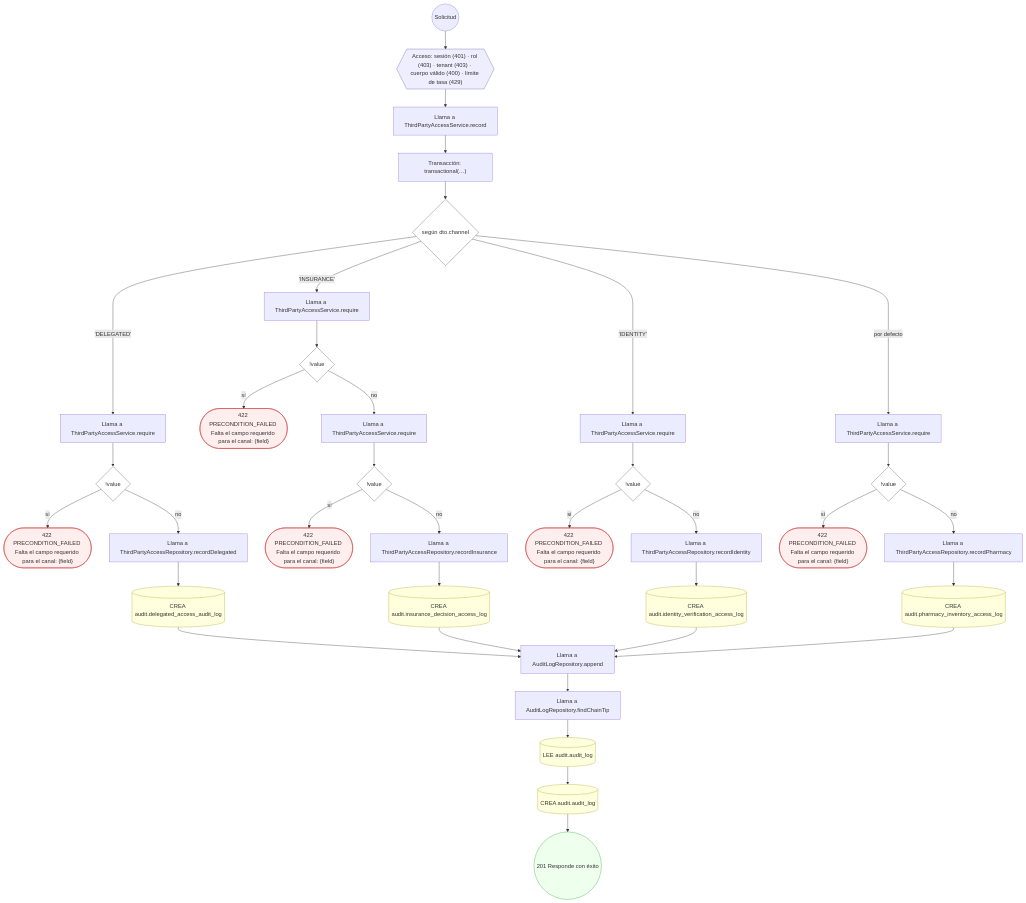
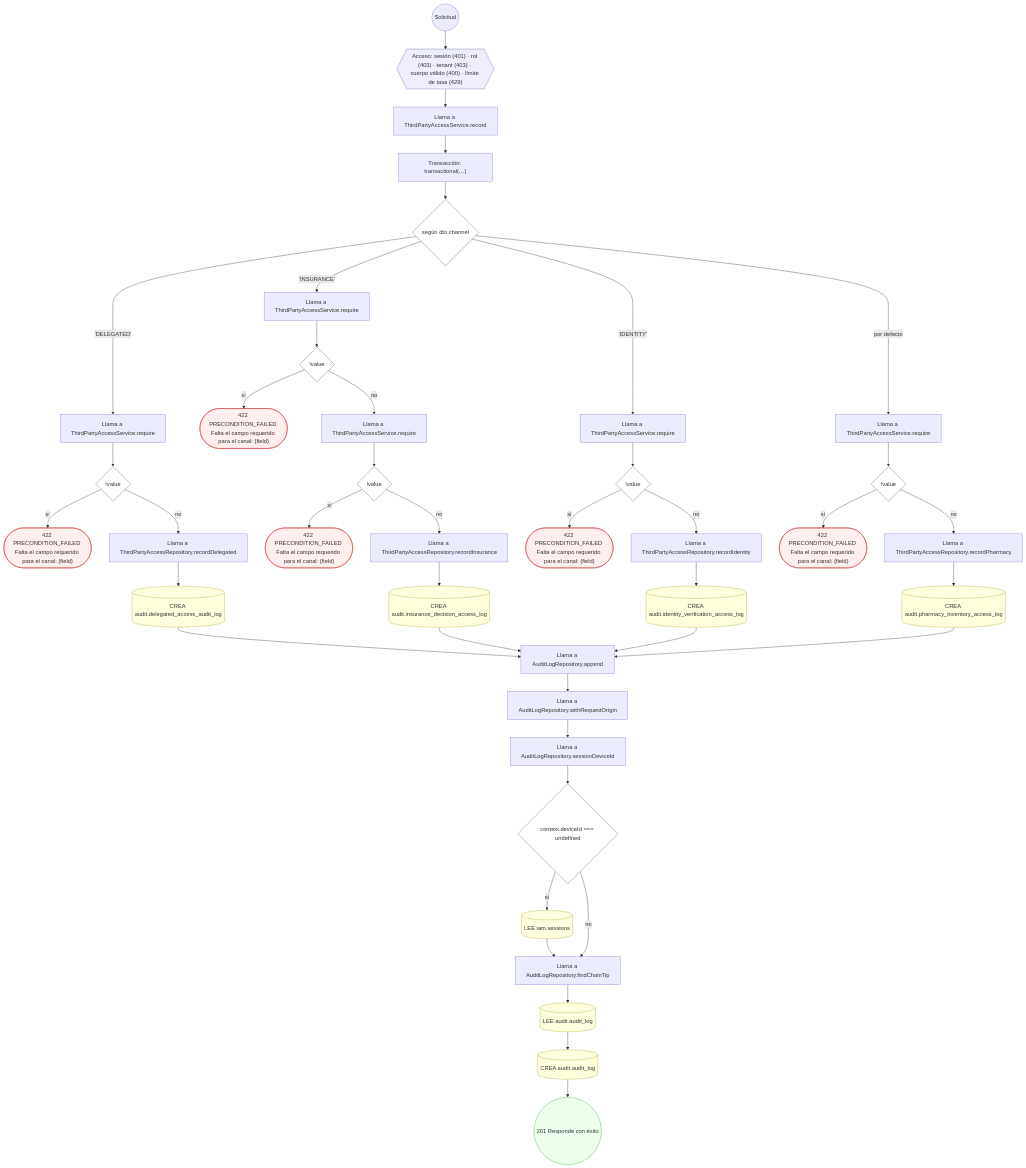
Before and after one commit to mdavila-2001/mantra-core-health-api: the eighth of 12 diagrams in docs/inventario/flujos/audit.md, drawn with Mermaid. The commit also changed other lines of this file and 451 other files, not shown here.

```diff
--- a/docs/inventario/flujos/audit.md
+++ b/docs/inventario/flujos/audit.md
@@ -364,14 +556,23 @@
   n18 --> n29
   n23 --> n29
   n28 --> n29
-  n30["Llama a AuditLogRepository.findChainTip"]:::llamada
+  n30["Llama a AuditLogRepository.withRequestOrigin"]:::llamada
   n29 --> n30
-  n31[("LEE audit.audit_log")]:::efecto
+  n31["Llama a AuditLogRepository.sessionDeviceId"]:::llamada
   n30 --> n31
-  n32[("CREA audit.audit_log")]:::efecto
+  n32{"context.deviceId === undefined"}:::decision
   n31 --> n32
-  n33(("201 Responde con éxito")):::ok
-  n32 --> n33
+  n33[("LEE iam.sessions")]:::efecto
+  n32 -->|"sí"| n33
+  n34["Llama a AuditLogRepository.findChainTip"]:::llamada
+  n33 --> n34
+  n32 -->|"no"| n34
+  n35[("LEE audit.audit_log")]:::efecto
+  n34 --> n35
+  n36[("CREA audit.audit_log")]:::efecto
+  n35 --> n36
+  n37(("201 Responde con éxito")):::ok
+  n36 --> n37
   classDef acceso fill:#eef,stroke:#66a
   classDef error fill:#fee,stroke:#c33
   classDef ok fill:#efe,stroke:#3a3
```
